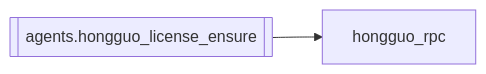
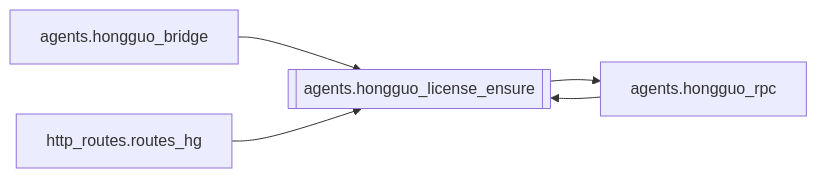
Before and after one commit to kjza178/PinelineV5: the diagram in docs/brain/modules/agents.hongguo_license_ensure.md, drawn with Mermaid. The commit also changed other lines of this file and 227 other files, not shown here.

````diff
--- a/docs/brain/modules/agents.hongguo_license_ensure.md
+++ b/docs/brain/modules/agents.hongguo_license_ensure.md
@@ -17,5 +17,8 @@
 ```mermaid
 flowchart LR
   agents_hongguo_license_ensure[[agents.hongguo_license_ensure]]
-  agents_hongguo_license_ensure --> hongguo_rpc[hongguo_rpc]
+  agents_hongguo_bridge[agents.hongguo_bridge] --> agents_hongguo_license_ensure
+  agents_hongguo_rpc[agents.hongguo_rpc] --> agents_hongguo_license_ensure
+  http_routes_routes_hg[http_routes.routes_hg] --> agents_hongguo_license_ensure
+  agents_hongguo_license_ensure --> agents_hongguo_rpc[agents.hongguo_rpc]
 ```
````
